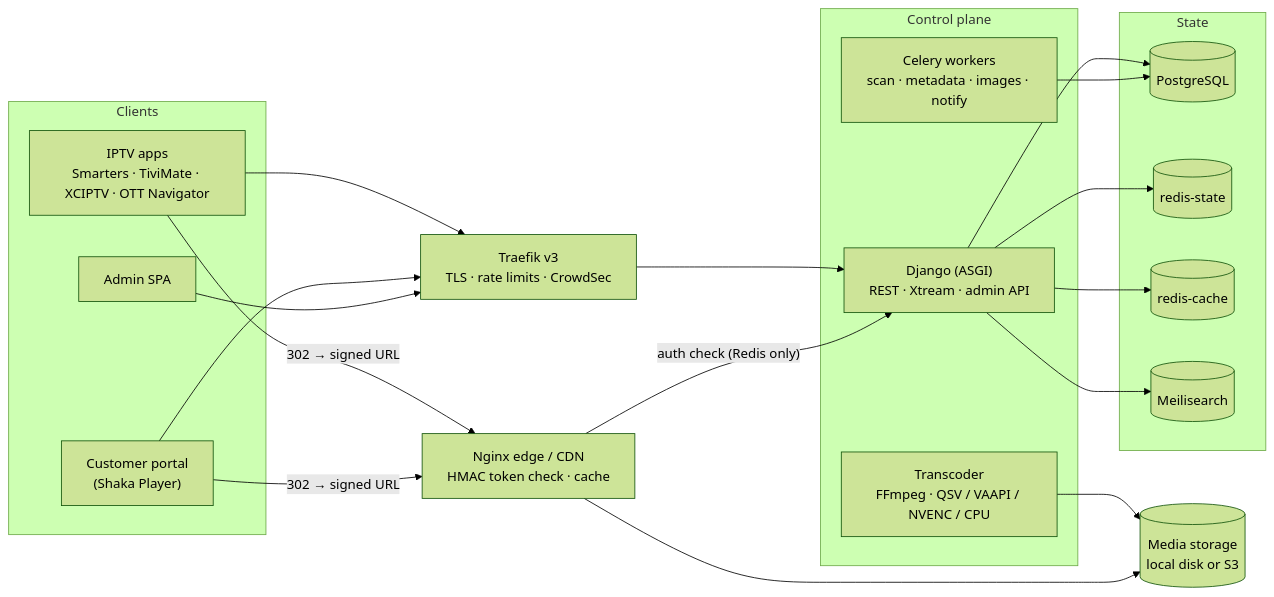
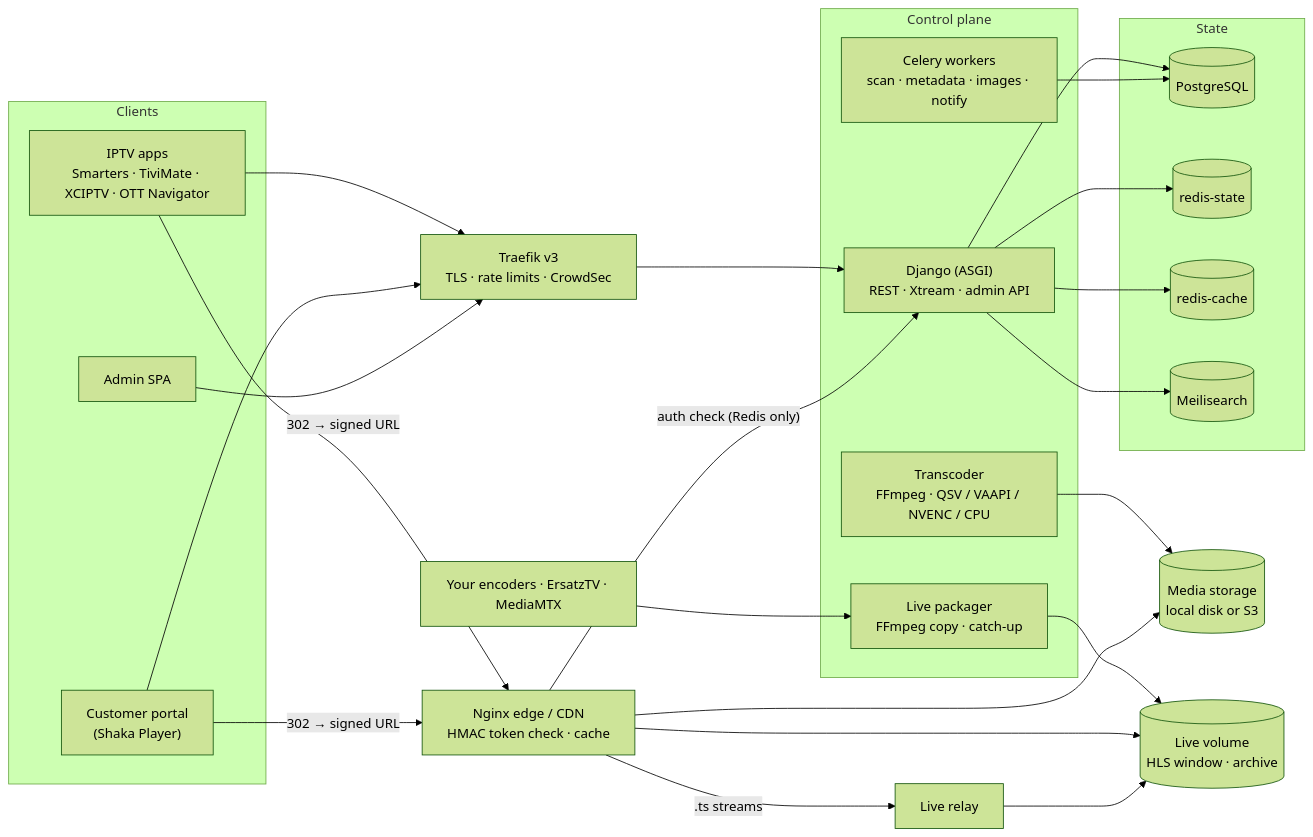
One commit to mah007/iptv changed the diagram in README.md. Above: the diagram before and after it, drawn with Mermaid (forest theme). The commit also changed other lines of this file and 206 other files, not shown here.

````diff
--- a/README.md
+++ b/README.md
@@ -101,30 +111,34 @@
 ```mermaid
 flowchart LR
   subgraph Clients
     APP["IPTV apps<br/>Smarters · TiviMate · XCIPTV · OTT Navigator"]
     WEB["Customer portal<br/>(Shaka Player)"]
     ADM["Admin SPA"]
   end
   TR["Traefik v3<br/>TLS · rate limits · CrowdSec"]
   subgraph CP["Control plane"]
     DJ["Django (ASGI)<br/>REST · Xtream · admin API"]
     WK["Celery workers<br/>scan · metadata · images · notify"]
     TX["Transcoder<br/>FFmpeg · QSV / VAAPI / NVENC / CPU"]
+    LV["Live packager<br/>FFmpeg copy · catch-up"]
   end
   subgraph ST["State"]
     PG[("PostgreSQL")]
     RS[("redis-state")]
     RC[("redis-cache")]
     MS[("Meilisearch")]
   end
   EDGE["Nginx edge / CDN<br/>HMAC token check · cache"]
   STO[("Media storage<br/>local disk or S3")]
 
   APP & WEB & ADM --> TR --> DJ
   DJ --> PG & RS & RC & MS
   WK --> PG
   TX --> STO
   APP & WEB -- "302 → signed URL" --> EDGE
   EDGE -- "auth check (Redis only)" --> DJ
   EDGE --> STO
+  SRC["Your encoders · ErsatzTV · MediaMTX"] --> LV --> LVOL[("Live volume<br/>HLS window · archive")]
+  EDGE --> LVOL
+  EDGE -- ".ts streams" --> RL["Live relay"] --> LVOL
 ```
````
